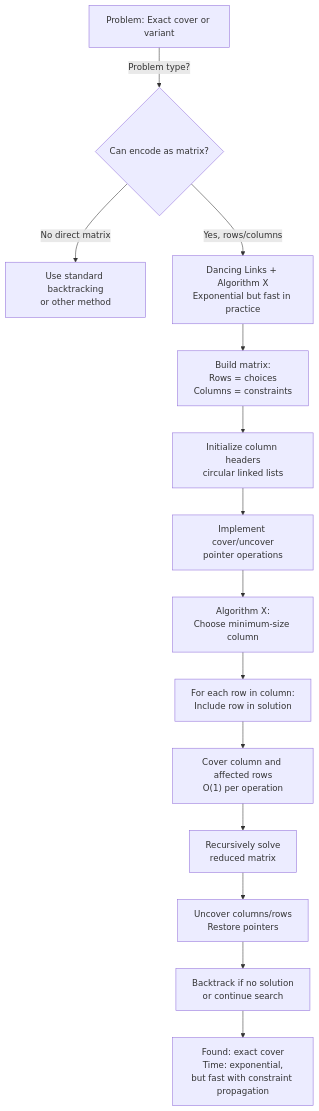
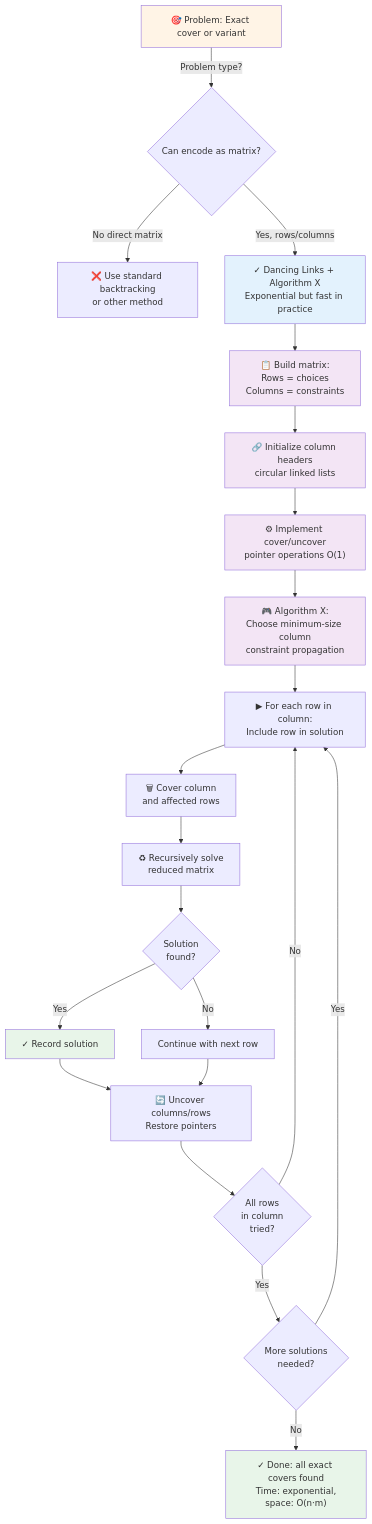
The first of 4 diagrams in docs/advanced_ds/dancing_links.md (souradeepta/interviewprep), drawn with Mermaid before and after one commit. The commit also changed other lines of this file and 35 other files, not shown here.

First line of the commit message:
Enhance all documentation with comprehensive Mermaid flowcharts and visualizations

````diff
--- a/docs/advanced_ds/dancing_links.md
+++ b/docs/advanced_ds/dancing_links.md
@@ -95,16 +95,32 @@
 ```mermaid
 flowchart TD
-    A["Problem: Exact cover or variant"] -->|Problem type?| B{Can encode as matrix?}
-    B -->|No direct matrix| C["Use standard backtracking<br/>or other method"]
-    B -->|Yes, rows/columns| D["Dancing Links + Algorithm X<br/>Exponential but fast in practice"]
-    D --> E["Build matrix:<br/>Rows = choices<br/>Columns = constraints"]
-    E --> F["Initialize column headers<br/>circular linked lists"]
-    F --> G["Implement cover/uncover<br/>pointer operations"]
-    G --> H["Algorithm X:<br/>Choose minimum-size column"]
-    H --> I["For each row in column:<br/>Include row in solution"]
-    I --> J["Cover column and affected rows<br/>O(1) per operation"]
-    J --> K["Recursively solve<br/>reduced matrix"]
-    K --> L["Uncover columns/rows<br/>Restore pointers"]
-    L --> M["Backtrack if no solution<br/>or continue search"]
-    M --> N["Found: exact cover<br/>Time: exponential,<br/>but fast with constraint propagation"]
+    A["🎯 Problem: Exact cover or variant"] -->|Problem type?| B{Can encode as matrix?}
+    B -->|No direct matrix| C["❌ Use standard backtracking<br/>or other method"]
+    B -->|Yes, rows/columns| D["✓ Dancing Links + Algorithm X<br/>Exponential but fast in practice"]
+    D --> E["📋 Build matrix:<br/>Rows = choices<br/>Columns = constraints"]
+    E --> F["🔗 Initialize column headers<br/>circular linked lists"]
+    F --> G["⚙ Implement cover/uncover<br/>pointer operations O(1)"]
+    G --> H["🎮 Algorithm X:<br/>Choose minimum-size column<br/>constraint propagation"]
+    H --> I["▶ For each row in column:<br/>Include row in solution"]
+    I --> J["🗑 Cover column<br/>and affected rows"]
+    J --> K["♻ Recursively solve<br/>reduced matrix"]
+    K --> L{Solution<br/>found?}
+    L -->|Yes| M["✓ Record solution"]
+    L -->|No| N["Continue with next row"]
+    M --> O["🔄 Uncover columns/rows<br/>Restore pointers"]
+    N --> O
+    O --> P{"All rows<br/>in column<br/>tried?"}
+    P -->|No| I
+    P -->|Yes| Q{"More solutions<br/>needed?"}
+    Q -->|Yes| I
+    Q -->|No| R["✓ Done: all exact covers found<br/>Time: exponential,<br/>space: O(n·m)"]
+    
+    style A fill:#fff4e6
+    style D fill:#e3f2fd
+    style E fill:#f3e5f5
+    style F fill:#f3e5f5
+    style G fill:#f3e5f5
+    style H fill:#f3e5f5
+    style M fill:#e8f5e9
+    style R fill:#e8f5e9
 ```
````
